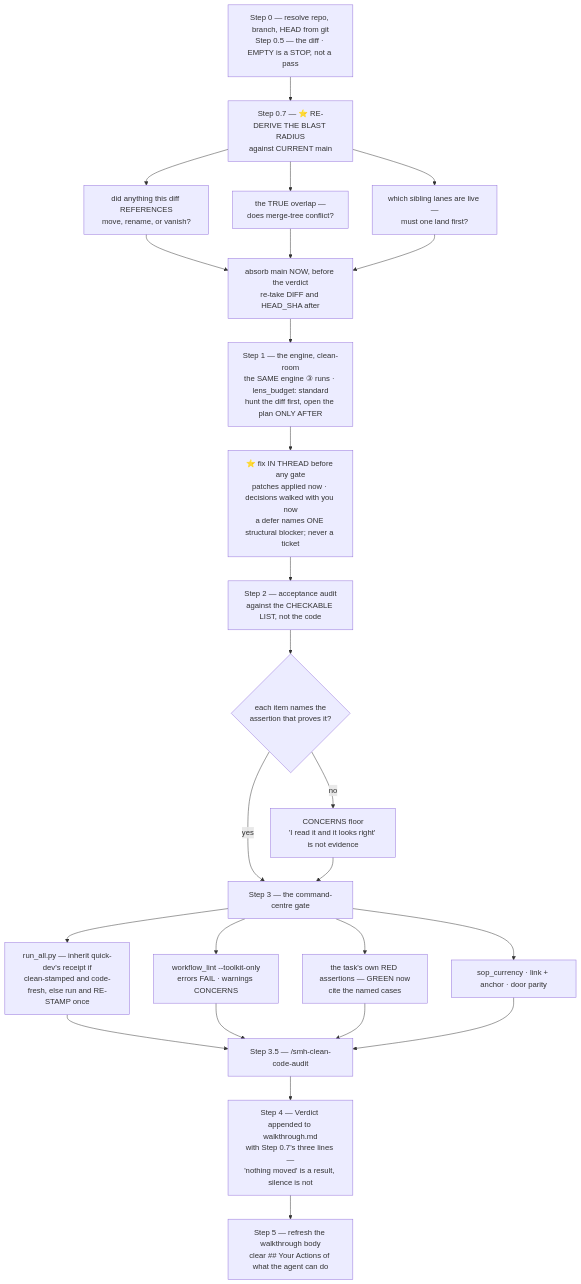
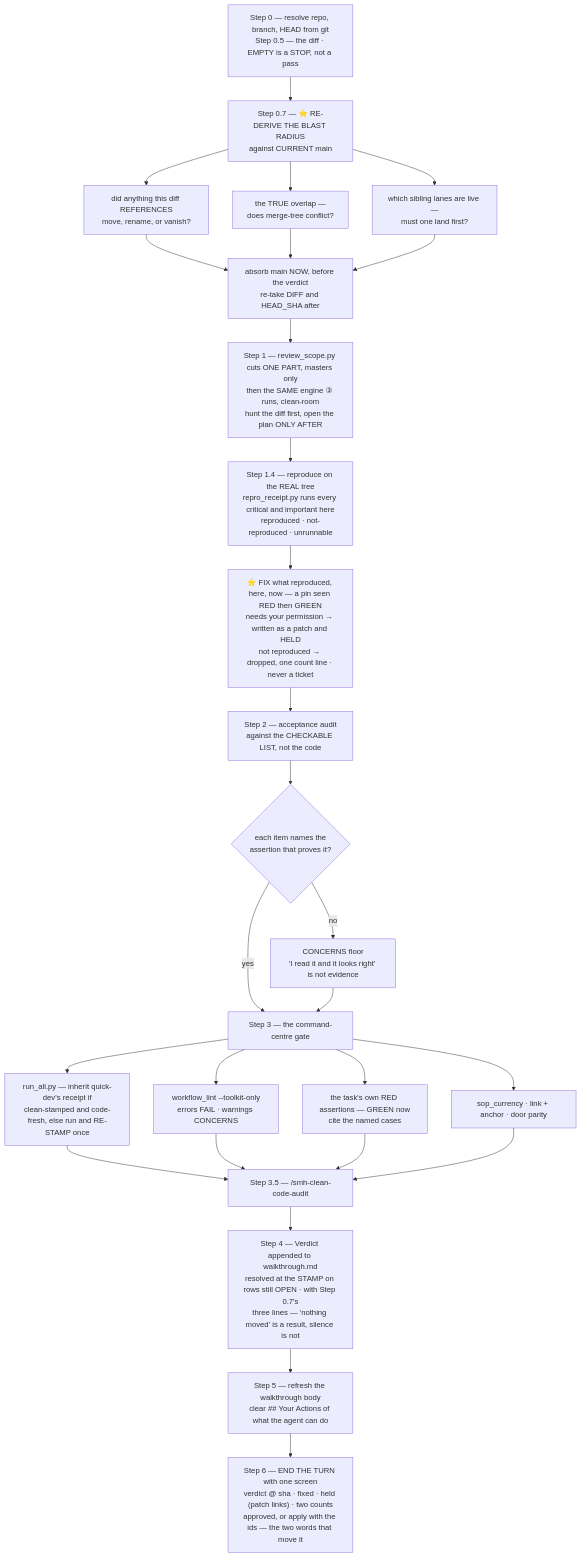
One commit to sudomadhatter/Sudo_Hatter_Command changed diagram 29 of 46 in docs/_scc_sops_prds/operator_workflows_quickref.md. Above: the diagram before and after it, drawn with Mermaid. The commit also changed other lines of this file and 4 other files, not shown here.

````diff
--- a/docs/_scc_sops_prds/operator_workflows_quickref.md
+++ b/docs/_scc_sops_prds/operator_workflows_quickref.md
@@ -949,27 +953,29 @@
 ```mermaid
 flowchart TD
     S0["Step 0 — resolve repo, branch, HEAD from git\nStep 0.5 — the diff · EMPTY is a STOP, not a pass"] --> S07["Step 0.7 — ⭐ RE-DERIVE THE BLAST RADIUS\nagainst CURRENT main"]
     S07 --> Q1["did anything this diff REFERENCES\nmove, rename, or vanish?"]
     S07 --> Q2["the TRUE overlap —\ndoes merge-tree conflict?"]
     S07 --> Q3["which sibling lanes are live —\nmust one land first?"]
     Q1 --> ABS["absorb main NOW, before the verdict\nre-take DIFF and HEAD_SHA after"]
     Q2 --> ABS
     Q3 --> ABS
-    ABS --> S1["Step 1 — the engine, clean-room\nthe SAME engine ③ runs · lens_budget: standard\nhunt the diff first, open the plan ONLY AFTER"]
-    S1 --> FIX["⭐ fix IN THREAD before any gate\npatches applied now · decisions walked with you now\na defer names ONE structural blocker; never a ticket"]
+    ABS --> S1["Step 1 — review_scope.py cuts ONE PART, masters only\nthen the SAME engine ③ runs, clean-room\nhunt the diff first, open the plan ONLY AFTER"]
+    S1 --> S14["Step 1.4 — reproduce on the REAL tree\nrepro_receipt.py runs every critical and important here\nreproduced · not-reproduced · unrunnable"]
+    S14 --> FIX["⭐ FIX what reproduced, here, now — a pin seen RED then GREEN\nneeds your permission → written as a patch and HELD\nnot reproduced → dropped, one count line · never a ticket"]
     FIX --> S2["Step 2 — acceptance audit\nagainst the CHECKABLE LIST, not the code"]
     S2 --> EV{"each item names the\nassertion that proves it?"}
     EV -- "no" --> CONC["CONCERNS floor\n'I read it and it looks right' is not evidence"]
     EV -- "yes" --> S3["Step 3 — the command-centre gate"]
     CONC --> S3
     S3 --> G1["run_all.py — inherit quick-dev's receipt if\nclean-stamped and code-fresh, else run and RE-STAMP once"]
     S3 --> G2["workflow_lint --toolkit-only\nerrors FAIL · warnings CONCERNS"]
     S3 --> G3["the task's own RED assertions — GREEN now\ncite the named cases"]
     S3 --> G4["sop_currency · link + anchor · door parity"]
     G1 --> S35["Step 3.5 — /smh-clean-code-audit"]
     G2 --> S35
     G3 --> S35
     G4 --> S35
-    S35 --> S4["Step 4 — Verdict appended to walkthrough.md\nwith Step 0.7's three lines —\n'nothing moved' is a result, silence is not"]
+    S35 --> S4["Step 4 — Verdict appended to walkthrough.md\nresolved at the STAMP on rows still OPEN · with Step 0.7's\nthree lines — 'nothing moved' is a result, silence is not"]
     S4 --> S5["Step 5 — refresh the walkthrough body\nclear ## Your Actions of what the agent can do"]
+    S5 --> S6["Step 6 — END THE TURN with one screen\nverdict @ sha · fixed · held (patch links) · two counts\napproved, or apply with the ids — the two words that move it"]
 ```
````
